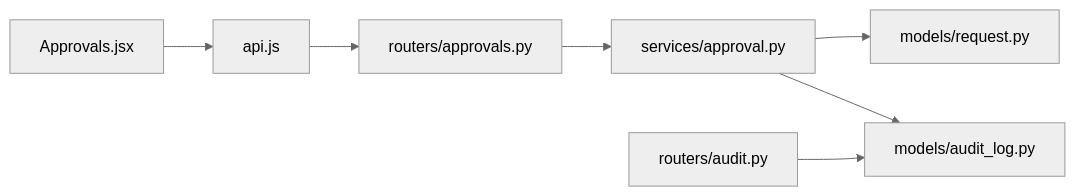
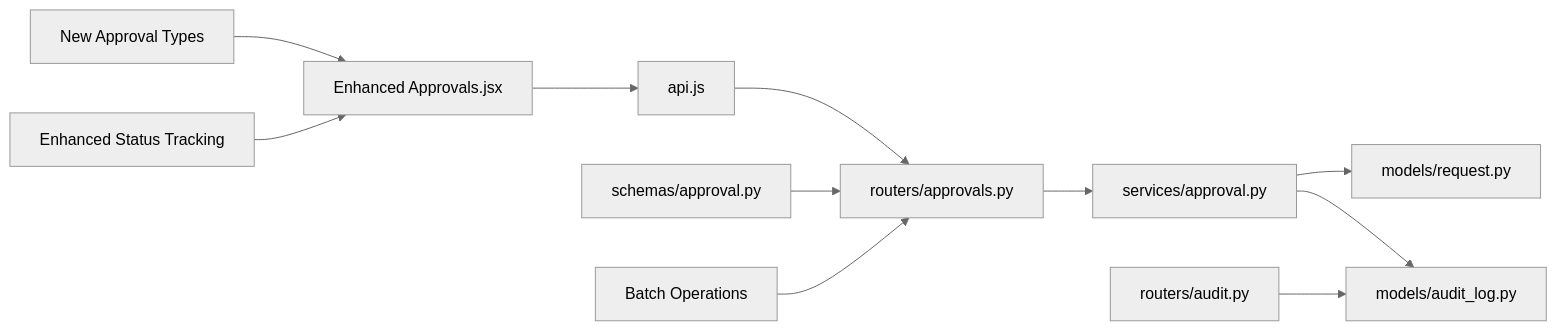
Before and after one commit to 14Lucifer/hackathon_ecs_creator: the third of 3 diagrams in .qoder/repowiki/en/content/Frontend Development/Page Components & Routing/Approval Workflow Management.md, drawn with Mermaid (neutral theme). The commit also changed other lines of this file and 120 other files, not shown here.

````diff
--- a/.qoder/repowiki/en/content/Frontend Development/Page Components & Routing/Approval Workflow Management.md
+++ b/.qoder/repowiki/en/content/Frontend Development/Page Components & Routing/Approval Workflow Management.md
@@ -232,9 +262,13 @@
 ```mermaid
 graph LR
-UI["Approvals.jsx"] --> API["api.js"]
+UI["Enhanced Approvals.jsx"] --> API["api.js"]
 API --> ROUTER["routers/approvals.py"]
 ROUTER --> SERVICE["services/approval.py"]
 SERVICE --> REQ["models/request.py"]
 SERVICE --> AUDIT["models/audit_log.py"]
 AUDIT_ROUTER["routers/audit.py"] --> AUDIT
+SCHEMA["schemas/approval.py"] --> ROUTER
+NEW_TYPES["New Approval Types"] --> UI
+BATCH_OPS["Batch Operations"] --> ROUTER
+STATUS_TRACKING["Enhanced Status Tracking"] --> UI
 ```
````
